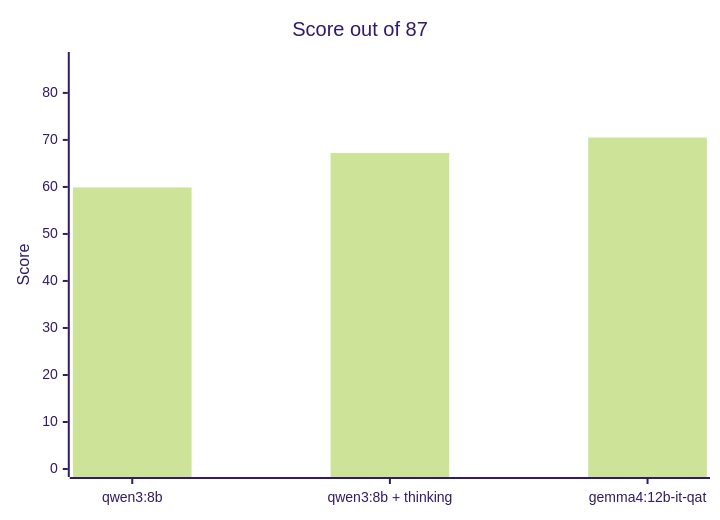
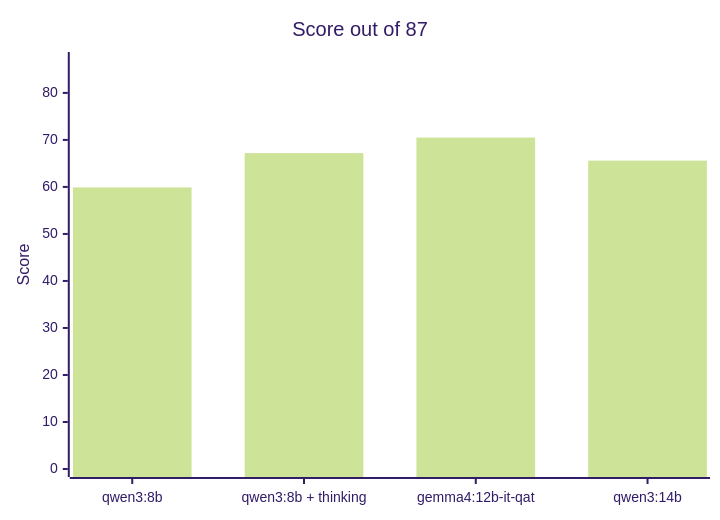
The first of 2 diagrams in docs/benchmarks.md (sdeparte/kb-meeting-agent), drawn with Mermaid (forest theme) before and after one commit. The commit also changed other lines of this file, not shown here.

Commit message:
docs(bench): qwen3:14b on strong, as a ceiling

````diff
--- a/docs/benchmarks.md
+++ b/docs/benchmarks.md
@@ -49,7 +50,7 @@
 ```mermaid
 xychart-beta
   title "Score out of 87"
-  x-axis ["qwen3:8b", "qwen3:8b + thinking", "gemma4:12b-it-qat"]
+  x-axis ["qwen3:8b", "qwen3:8b + thinking", "gemma4:12b-it-qat", "qwen3:14b"]
   y-axis "Score" 0 --> 87
-  bar [59.9, 67.2, 70.5]
+  bar [59.9, 67.2, 70.5, 65.6]
 ```
````
